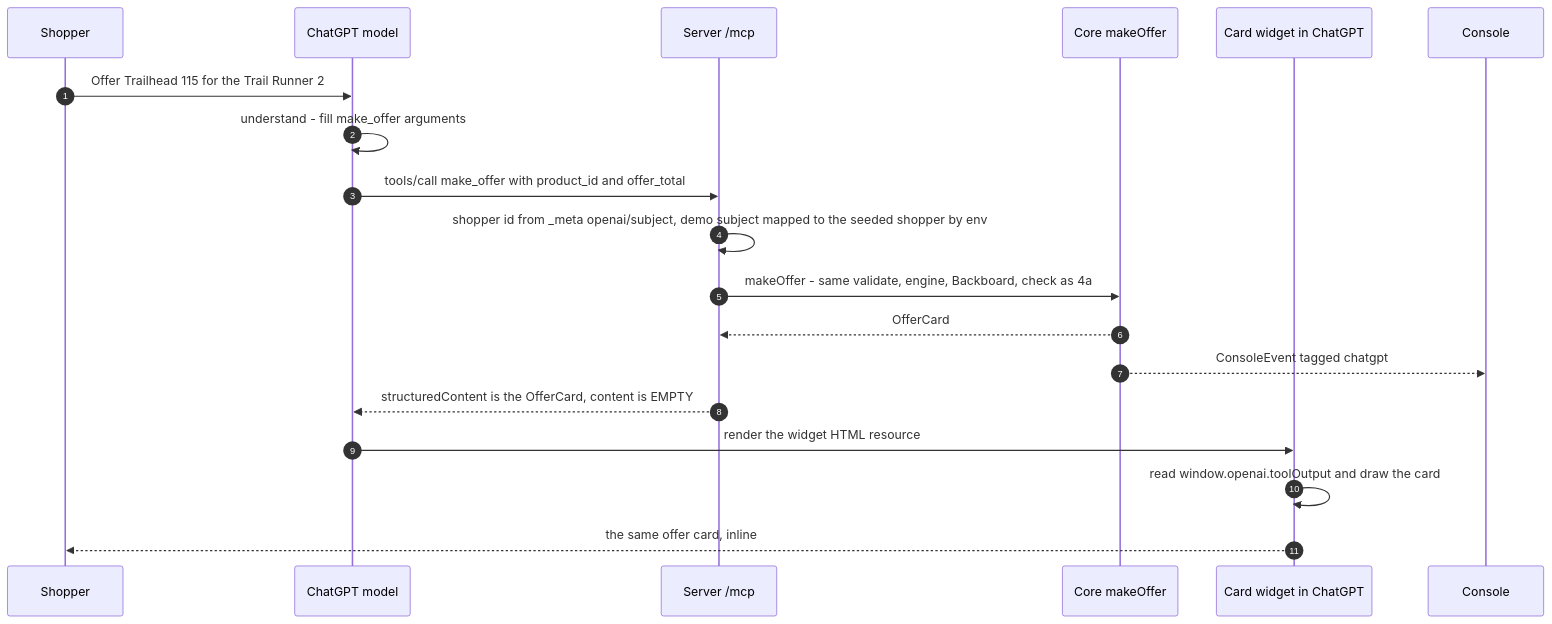
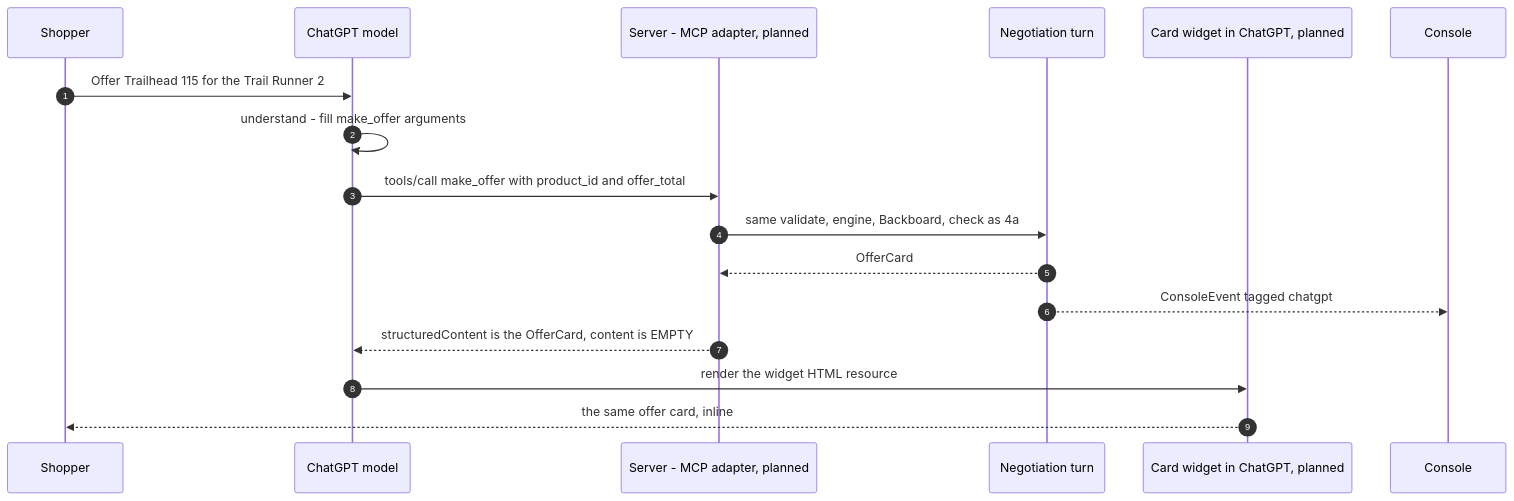
One commit to Maristanez/bazaar changed the sixth of 22 diagrams in docs/ARCHITECTURE.md. Above: the diagram before and after it, drawn with Mermaid. The commit also changed other lines of this file and 13 other files, not shown here.

````diff
--- a/docs/ARCHITECTURE.md
+++ b/docs/ARCHITECTURE.md
@@ -261,22 +252,20 @@
 ```mermaid
 sequenceDiagram
   autonumber
   participant U as Shopper
   participant G as ChatGPT model
-  participant M as Server /mcp
-  participant X as Core makeOffer
-  participant W as Card widget in ChatGPT
+  participant M as Server - MCP adapter, planned
+  participant X as Negotiation turn
+  participant W as Card widget in ChatGPT, planned
   participant C as Console
 
   U->>G: Offer Trailhead 115 for the Trail Runner 2
   G->>G: understand - fill make_offer arguments
   G->>M: tools/call make_offer with product_id and offer_total
-  M->>M: shopper id from _meta openai/subject, demo subject mapped to the seeded shopper by env
-  M->>X: makeOffer - same validate, engine, Backboard, check as 4a
+  M->>X: same validate, engine, Backboard, check as 4a
   X-->>M: OfferCard
   X-->>C: ConsoleEvent tagged chatgpt
   M-->>G: structuredContent is the OfferCard, content is EMPTY
   G->>W: render the widget HTML resource
-  W->>W: read window.openai.toolOutput and draw the card
   W-->>U: the same offer card, inline
 ```
````
